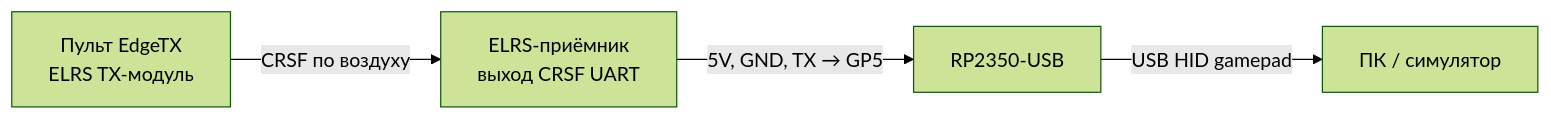
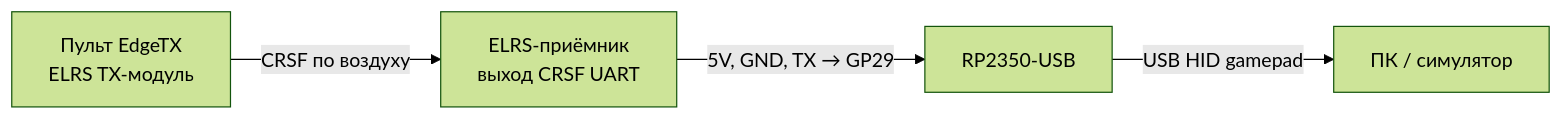
Before and after one commit to voffmail/edgetx-elrs-usb-sim: the first of 2 diagrams in README.md, drawn with Mermaid (forest theme). The commit also changed other lines of this file and 2 other files, not shown here.

````diff
--- a/README.md
+++ b/README.md
@@ -26,6 +26,6 @@
 ```mermaid
 flowchart LR
   TX["Пульт EdgeTX<br/>ELRS TX-модуль"] -- "CRSF по воздуху" --> RX["ELRS-приёмник<br/>выход CRSF UART"]
-  RX -- "5V, GND, TX → GP5" --> MCU["RP2350-USB"]
+  RX -- "5V, GND, TX → GP29" --> MCU["RP2350-USB"]
   MCU -- "USB HID gamepad" --> PC["ПК / симулятор"]
 ```
````
